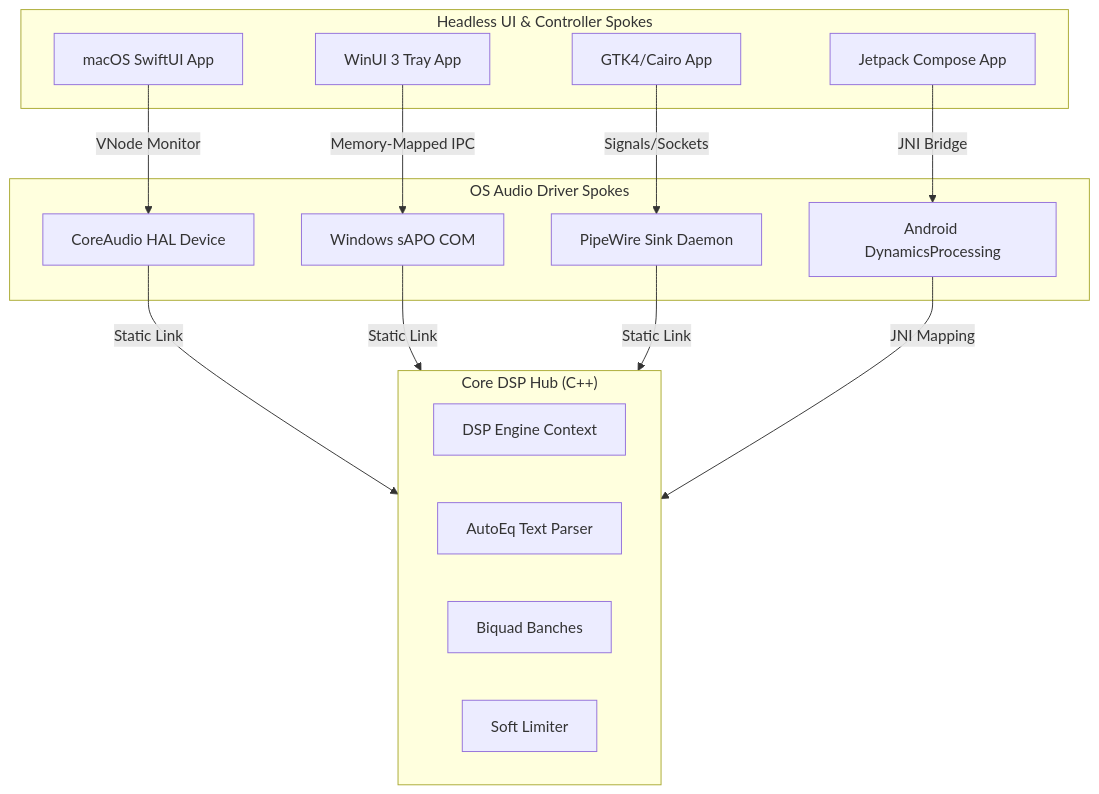
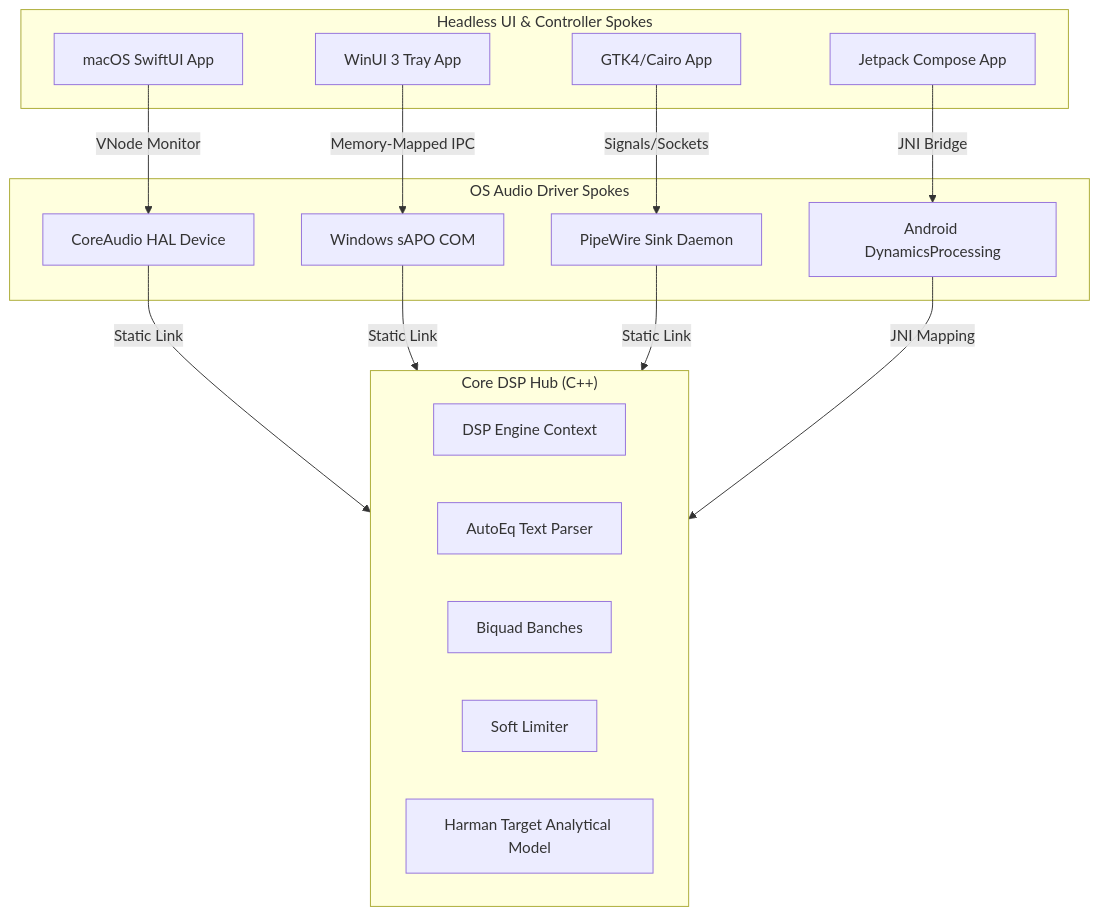
Before and after one commit to shankarx831/krisha: the diagram in README.md, drawn with Mermaid. The commit also changed other lines of this file and 35 other files, not shown here.

Commit message:
Phase 2: Refactor preset storage persistence, eliminate built-in profiles, integrate Android JNI & SharedPreferences custom preset engine, and implement off-thread dual-vector visual graphing across all spokes

````diff
--- a/README.md
+++ b/README.md
@@ -17,33 +19,34 @@
 ```mermaid
 graph TD
     subgraph UI_Spokes ["Headless UI & Controller Spokes"]
         MacUI["macOS SwiftUI App"]
         WinUI["WinUI 3 Tray App"]
         LinUI["GTK4/Cairo App"]
         AndUI["Jetpack Compose App"]
     end
 
     subgraph Audio_Spokes ["OS Audio Driver Spokes"]
         MacSpoke["CoreAudio HAL Device"]
         WinSpoke["Windows sAPO COM"]
         LinSpoke["PipeWire Sink Daemon"]
         AndSpoke["Android DynamicsProcessing"]
     end
 
     subgraph Core_Hub ["Core DSP Hub (C++)"]
         Engine["DSP Engine Context"]
         Parser["AutoEq Text Parser"]
         Biquads["Biquad Banches"]
         Limiter["Soft Limiter"]
+        HarmanModel["Harman Target Analytical Model"]
     end
 
     MacUI -->|VNode Monitor| MacSpoke
     WinUI -->|Memory-Mapped IPC| WinSpoke
     LinUI -->|Signals/Sockets| LinSpoke
     AndUI -->|JNI Bridge| AndSpoke
 
     MacSpoke -->|Static Link| Core_Hub
     WinSpoke -->|Static Link| Core_Hub
     LinSpoke -->|Static Link| Core_Hub
     AndSpoke -->|JNI Mapping| Core_Hub
 ```
````
